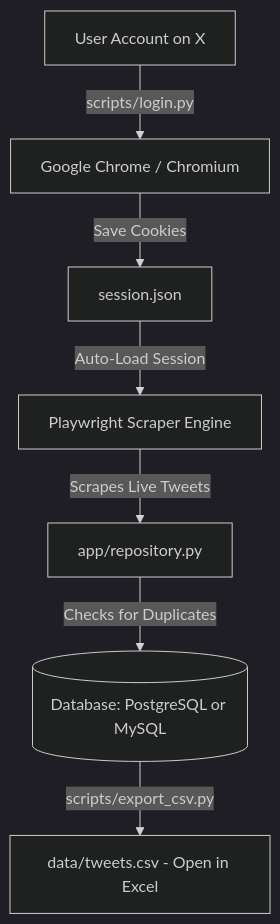
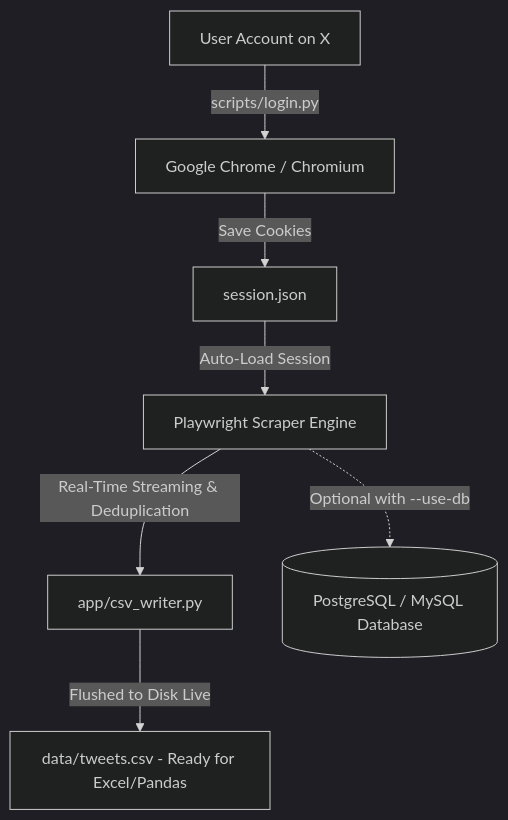
The diagram in README.md (Timileyhin-Quadri/X-Scrapper), drawn with Mermaid (dark theme) before and after one commit. The commit also changed other lines of this file, not shown here.

Commit message:
docs: clarify zero-setup CSV architecture and optional database in README

````diff
--- a/README.md
+++ b/README.md
@@ -49,9 +44,9 @@
 ```mermaid
 graph TD
     A[User Account on X] -->|scripts/login.py| B[Google Chrome / Chromium]
     B -->|Save Cookies| C[session.json]
     C -->|Auto-Load Session| D[Playwright Scraper Engine]
-    D -->|Scrapes Live Tweets| E[app/repository.py]
-    E -->|Checks for Duplicates| F[(Database: PostgreSQL or MySQL)]
-    F -->|scripts/export_csv.py| G[data/tweets.csv - Open in Excel]
+    D -->|Real-Time Streaming & Deduplication| E[app/csv_writer.py]
+    E -->|Flushed to Disk Live| F[data/tweets.csv - Ready for Excel/Pandas]
+    D -.->|Optional with --use-db| G[(PostgreSQL / MySQL Database)]
 ```
````
